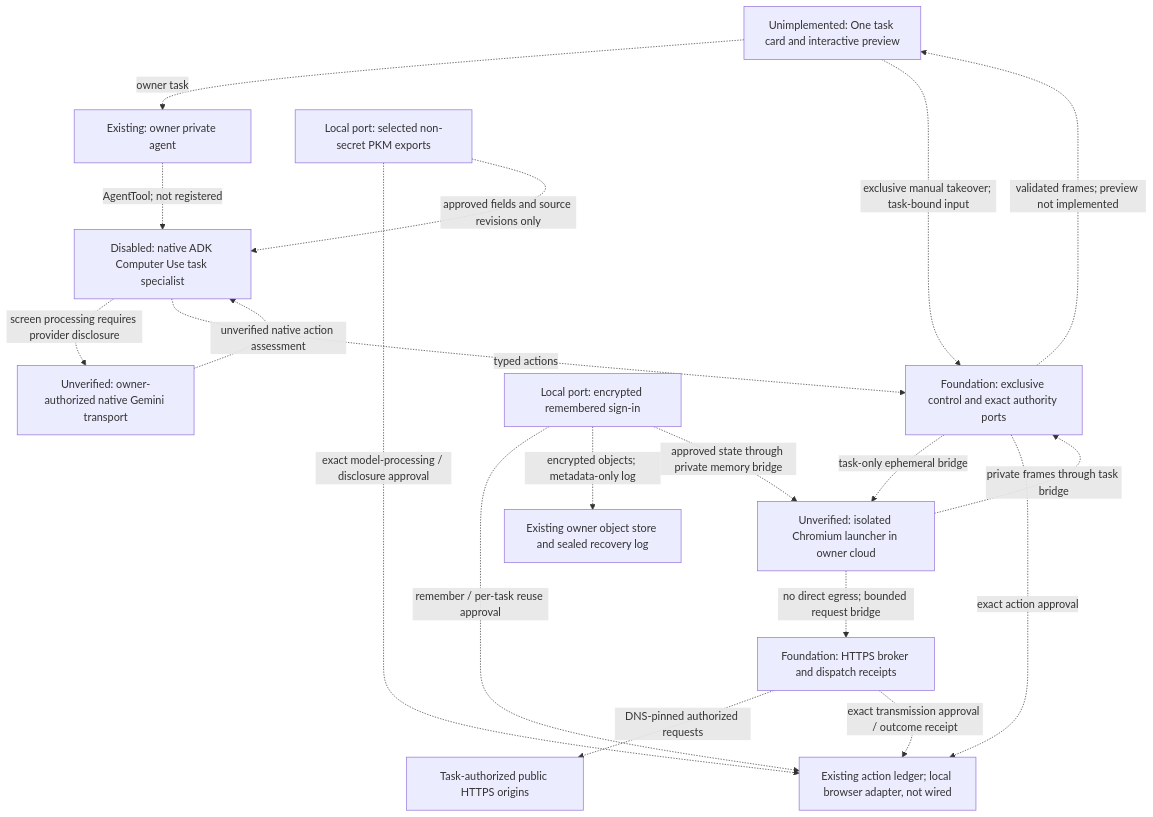
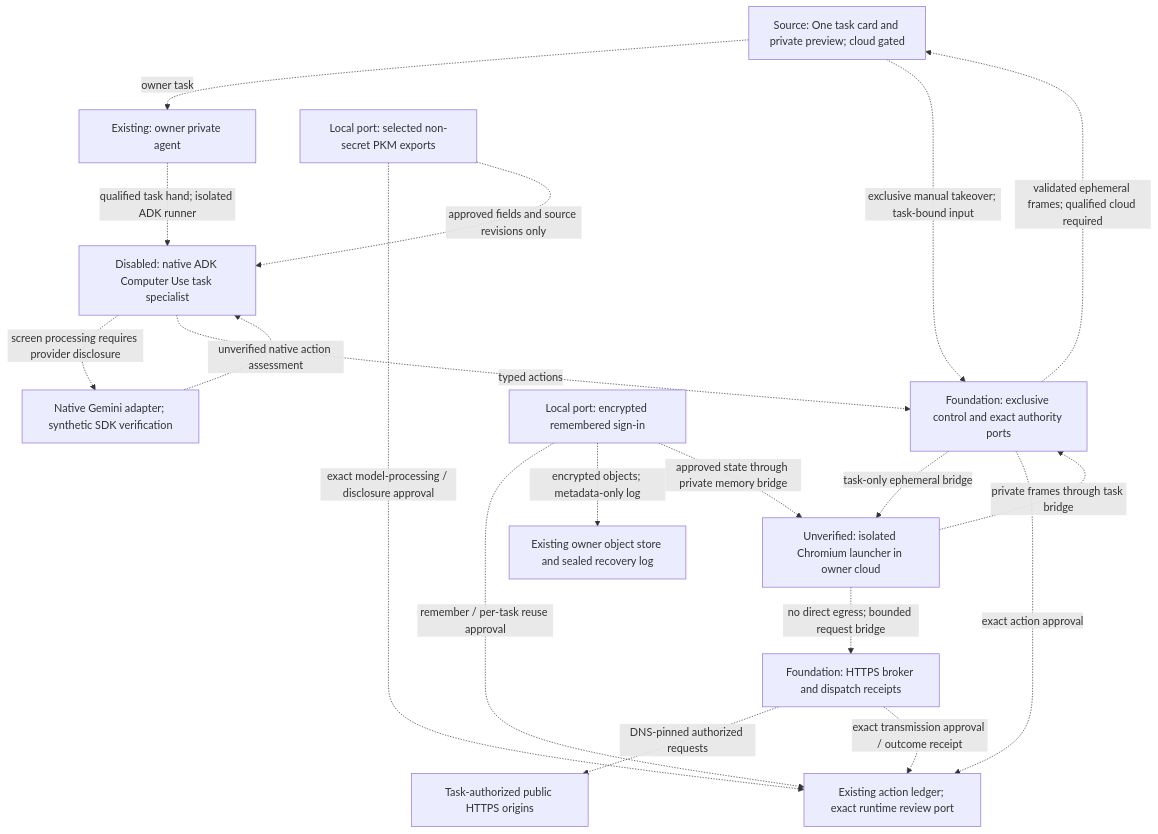
One commit to hushh-labs/hushh-research changed the diagram in consent-protocol/docs/reference/private-browser-runtime.md. Above: the diagram before and after it, drawn with Mermaid. The commit also changed other lines of this file and 312 other files, not shown here.

Commit message:
feat(pod): complete gated BYOC connectors and browser runtime

````diff
--- a/consent-protocol/docs/reference/private-browser-runtime.md
+++ b/consent-protocol/docs/reference/private-browser-runtime.md
@@ -20,33 +22,33 @@
 ```mermaid
 flowchart TD
-    UI["Unimplemented: One task card and interactive preview"]
+    UI["Source: One task card and private preview; cloud gated"]
     One["Existing: owner private agent"]
     Agent["Disabled: native ADK Computer Use task specialist"]
-    Model["Unverified: owner-authorized native Gemini transport"]
+    Model["Native Gemini adapter; synthetic SDK verification"]
     Control["Foundation: exclusive control and exact authority ports"]
     Broker["Foundation: HTTPS broker and dispatch receipts"]
     Cloud["Unverified: isolated Chromium launcher in owner cloud"]
     Web["Task-authorized public HTTPS origins"]
-    Ledger["Existing action ledger; local browser adapter, not wired"]
+    Ledger["Existing action ledger; exact runtime review port"]
     Information["Local port: selected non-secret PKM exports"]
     Sessions["Local port: encrypted remembered sign-in"]
     Store["Existing owner object store and sealed recovery log"]
     UI -. "owner task" .-> One
     UI -. "exclusive manual takeover; task-bound input" .-> Control
-    One -. "AgentTool; not registered" .-> Agent
+    One -. "qualified task hand; isolated ADK runner" .-> Agent
     Agent -. "screen processing requires provider disclosure" .-> Model
     Model -. "unverified native action assessment" .-> Agent
     Agent -. "typed actions" .-> Control
     Control -. "task-only ephemeral bridge" .-> Cloud
     Cloud -. "no direct egress; bounded request bridge" .-> Broker
     Broker -. "DNS-pinned authorized requests" .-> Web
     Control -. "exact action approval" .-> Ledger
     Information -. "exact model-processing / disclosure approval" .-> Ledger
     Information -. "approved fields and source revisions only" .-> Agent
     Sessions -. "remember / per-task reuse approval" .-> Ledger
     Sessions -. "encrypted objects; metadata-only log" .-> Store
     Sessions -. "approved state through private memory bridge" .-> Cloud
     Broker -. "exact transmission approval / outcome receipt" .-> Ledger
     Cloud -. "private frames through task bridge" .-> Control
-    Control -. "validated frames; preview not implemented" .-> UI
+    Control -. "validated ephemeral frames; qualified cloud required" .-> UI
 ```
````
